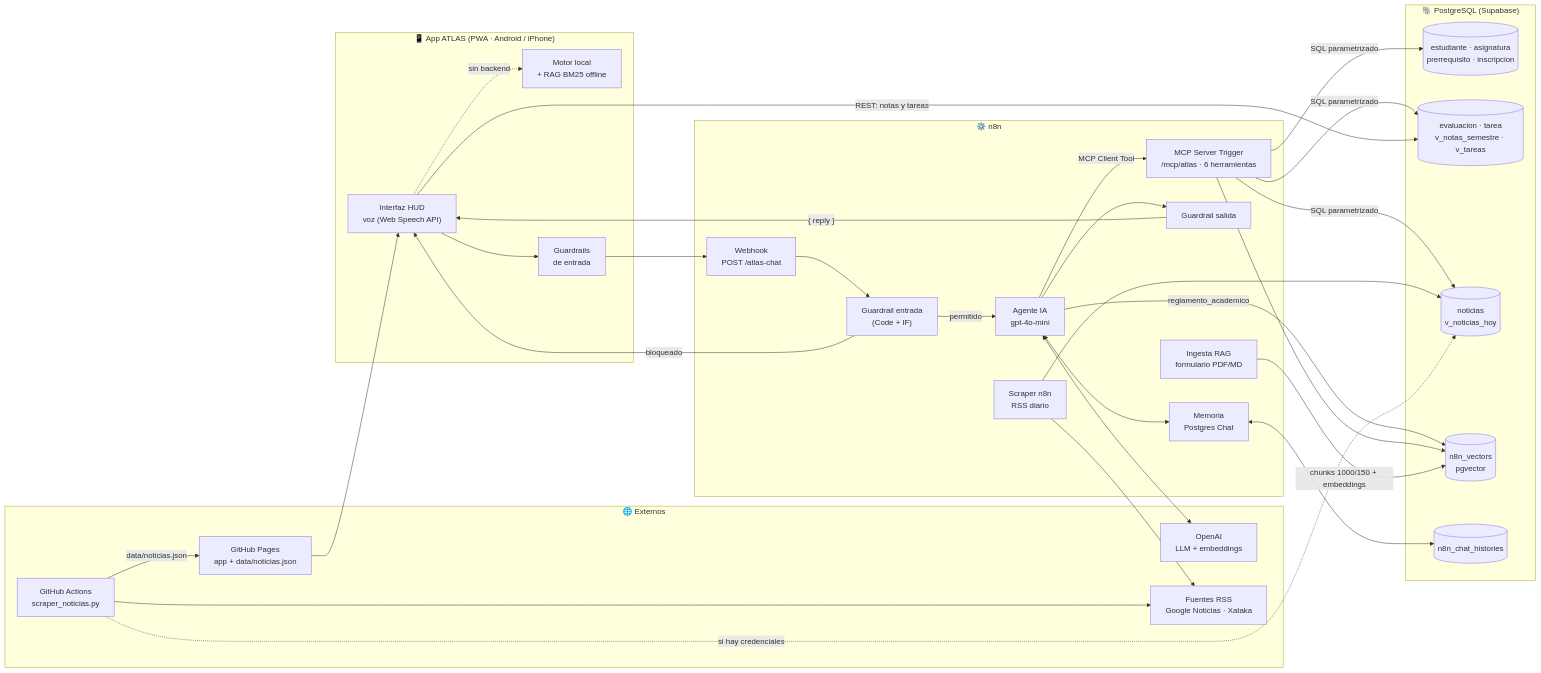
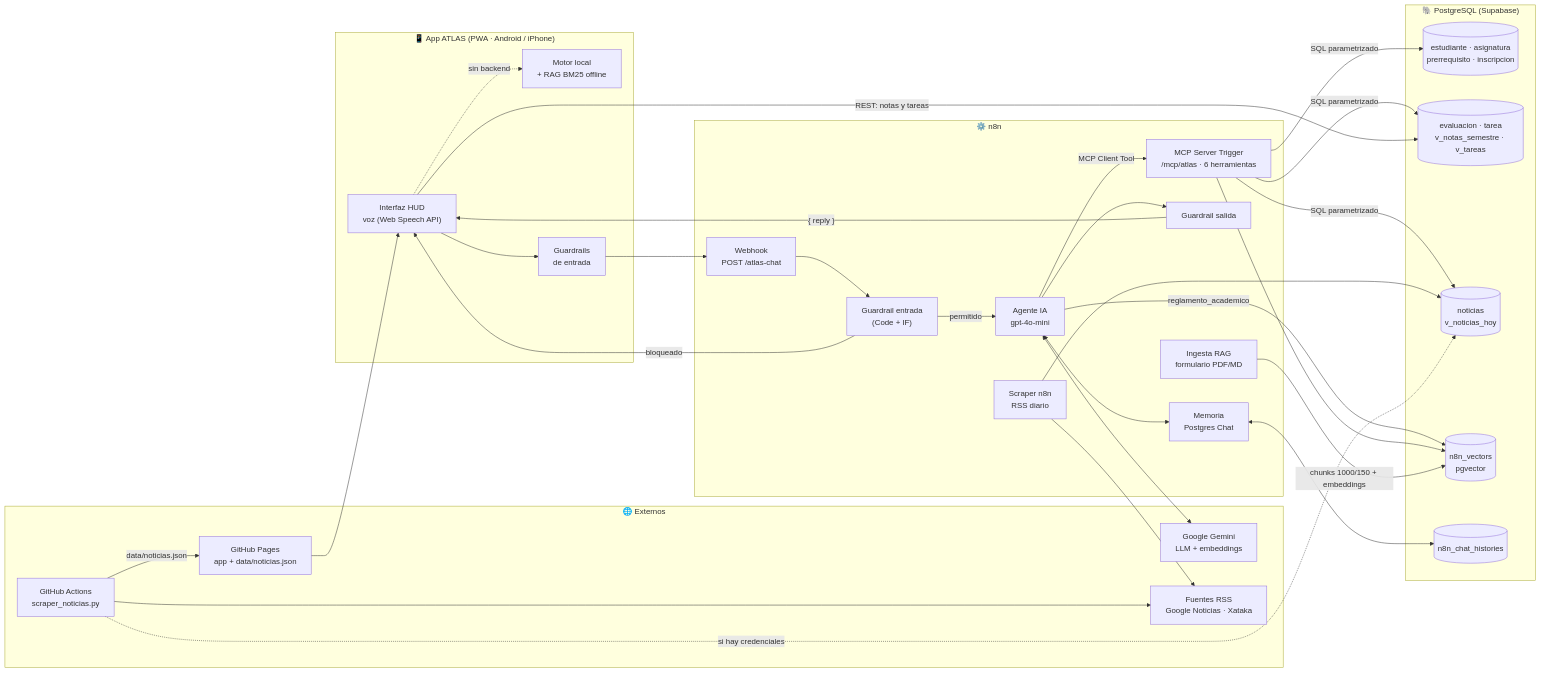
The first of 2 diagrams in docs/ARQUITECTURA.md (elias2111/atlas-chatbot-academico), drawn with Mermaid before and after one commit. The commit also changed other lines of this file and 11 other files, not shown here.

````diff
--- a/docs/ARQUITECTURA.md
+++ b/docs/ARQUITECTURA.md
@@ -17,52 +17,52 @@
 ```mermaid
 flowchart LR
   subgraph APP["📱 App ATLAS (PWA · Android / iPhone)"]
     UI["Interfaz HUD<br/>voz (Web Speech API)"]
     LOC["Motor local<br/>+ RAG BM25 offline"]
     GRD1["Guardrails<br/>de entrada"]
   end
 
   subgraph N8N["⚙️ n8n"]
     WH["Webhook<br/>POST /atlas-chat"]
     GIN["Guardrail entrada<br/>(Code + IF)"]
     AG["Agente IA<br/>gpt-4o-mini"]
     MEM["Memoria<br/>Postgres Chat"]
     GOUT["Guardrail salida"]
     MCPS["MCP Server Trigger<br/>/mcp/atlas · 6 herramientas"]
     ING["Ingesta RAG<br/>formulario PDF/MD"]
     SCR["Scraper n8n<br/>RSS diario"]
   end
 
   subgraph DB["🐘 PostgreSQL (Supabase)"]
     T1[("estudiante · asignatura<br/>prerrequisito · inscripcion")]
     T2[("evaluacion · tarea<br/>v_notas_semestre · v_tareas")]
     T3[("noticias<br/>v_noticias_hoy")]
     VEC[("n8n_vectors<br/>pgvector")]
     HIS[("n8n_chat_histories")]
   end
 
   subgraph EXT["🌐 Externos"]
-    OAI["OpenAI<br/>LLM + embeddings"]
+    OAI["Google Gemini<br/>LLM + embeddings"]
     RSS["Fuentes RSS<br/>Google Noticias · Xataka"]
     GHA["GitHub Actions<br/>scraper_noticias.py"]
     GHP["GitHub Pages<br/>app + data/noticias.json"]
   end
 
   UI --> GRD1 --> WH
   UI -. sin backend .-> LOC
   WH --> GIN -->|permitido| AG --> GOUT -->|"{ reply }"| UI
   GIN -->|bloqueado| UI
   AG <--> MEM <--> HIS
   AG -->|reglamento_academico| VEC
   AG -->|MCP Client Tool| MCPS
   MCPS -->|SQL parametrizado| T1 & T2 & T3
   MCPS --> VEC
   AG <--> OAI
   ING -->|chunks 1000/150 + embeddings| VEC
   SCR --> RSS
   SCR --> T3
   GHA --> RSS
   GHA -->|data/noticias.json| GHP --> UI
   GHA -.->|si hay credenciales| T3
   UI -->|REST: notas y tareas| T2
 ```
````
